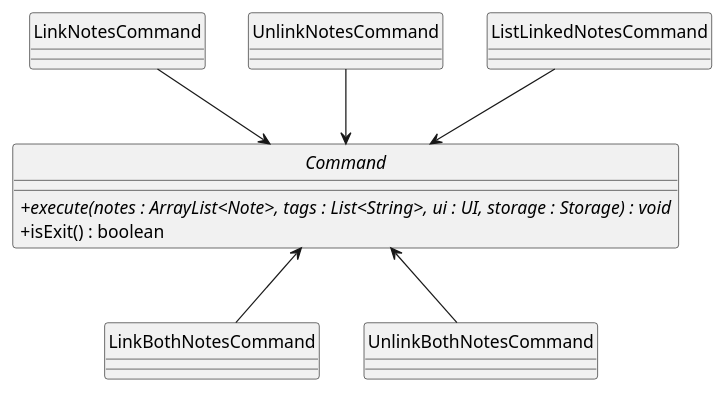
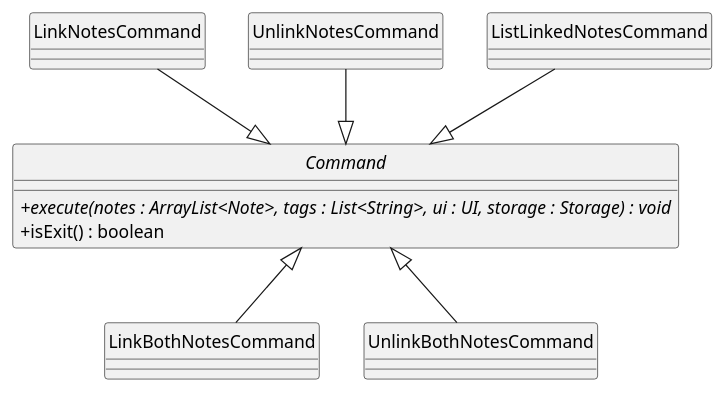
The diagram in docs/diagrams/LinkCommands.puml (shauntsr/tp), drawn with PlantUML before and after one commit. The commit also changed 1 other file, not shown here.

Commit message:
Fix LinkCommands.puml and its diagram

```diff
--- a/docs/diagrams/LinkCommands.puml
+++ b/docs/diagrams/LinkCommands.puml
@@ -1,23 +1,23 @@
 @startuml LinkCommands
 skinparam classAttributeIconSize 0
 hide circle
 
 abstract class Command {
     + {abstract} execute(notes : ArrayList<Note>, tags : List<String>, ui : UI, storage : Storage) : void
     + isExit() : boolean
 }
 
 class LinkNotesCommand
 class UnlinkNotesCommand
 class LinkBothNotesCommand
 class UnlinkBothNotesCommand
 class ListLinkedNotesCommand
 
 ' Inheritance
-ListLinkedNotesCommand --> Command
-LinkNotesCommand --> Command
-UnlinkNotesCommand --> Command
-LinkBothNotesCommand -up-> Command
-UnlinkBothNotesCommand -up-> Command
+ListLinkedNotesCommand --|> Command
+LinkNotesCommand --|> Command
+UnlinkNotesCommand --|> Command
+LinkBothNotesCommand -up-|> Command
+UnlinkBothNotesCommand -up-|> Command
 
 @enduml
```
